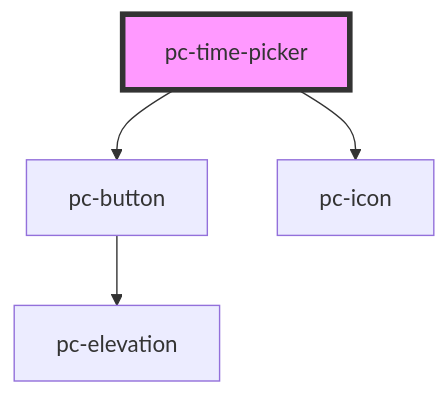
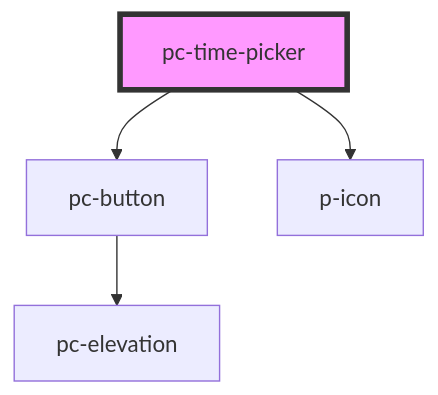
One commit to redvars/peacock changed the diagram in src/components/input-controls/data-and-time/date/time-picker/readme.md. Above: the diagram before and after it, drawn with Mermaid. The commit also changed other lines of this file and 94 other files, not shown here.

````diff
--- a/src/components/input-controls/data-and-time/date/time-picker/readme.md
+++ b/src/components/input-controls/data-and-time/date/time-picker/readme.md
@@ -75,7 +75,7 @@
 ```mermaid
 graph TD;
   pc-time-picker --> pc-button
-  pc-time-picker --> pc-icon
+  pc-time-picker --> p-icon
   pc-button --> pc-elevation
   style pc-time-picker fill:#f9f,stroke:#333,stroke-width:4px
 ```
````
